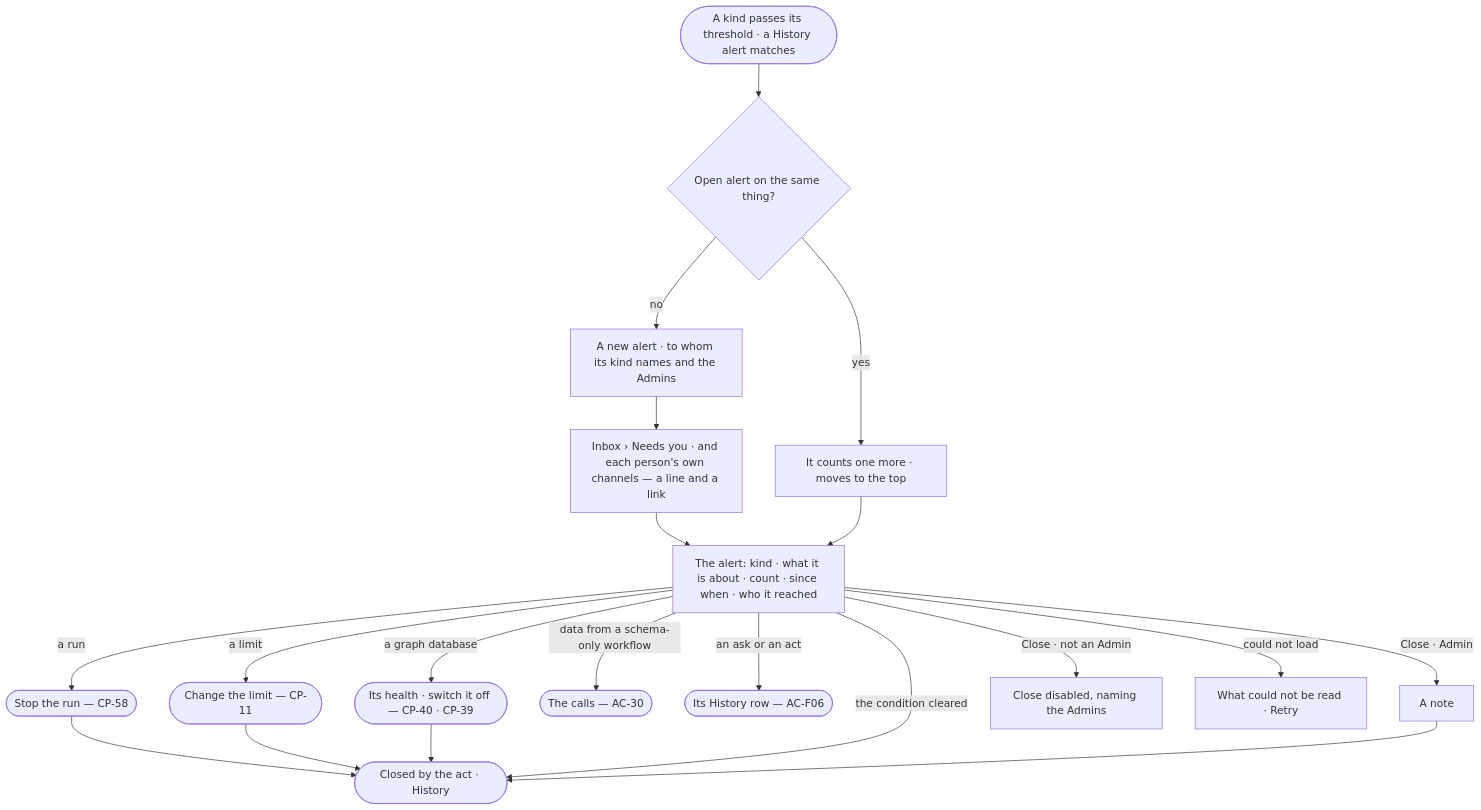
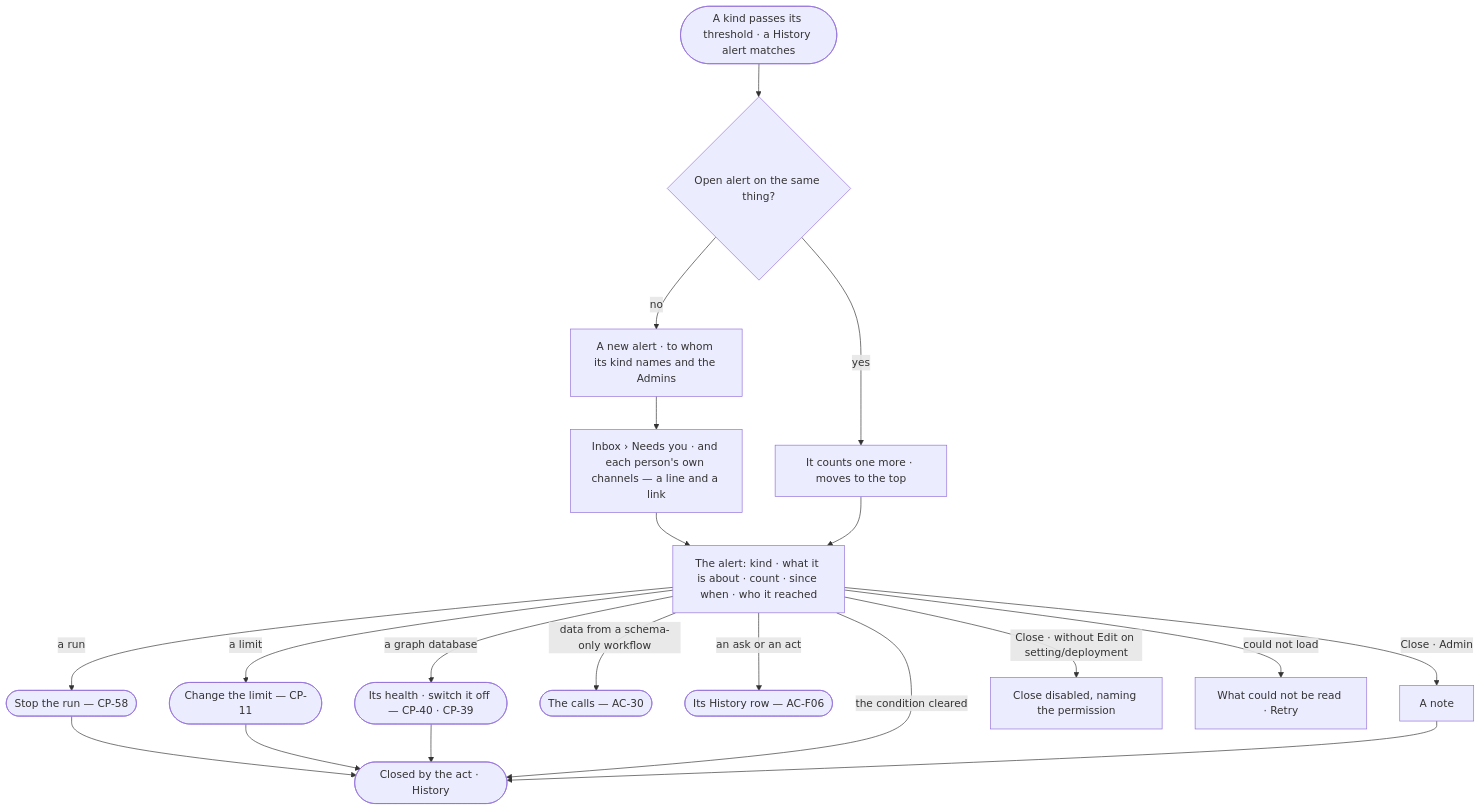
The diagram in specs/os/control/features/CP-F11-ops-alerting/stories/CP-59-be-told-when-an-agent-or-the-deployment-needs-someone-to-act/story.md (invana/invana), drawn with Mermaid before and after one commit. The commit also changed other lines of this file and 456 other files, not shown here.

````diff
--- a/specs/os/control/features/CP-F11-ops-alerting/stories/CP-59-be-told-when-an-agent-or-the-deployment-needs-someone-to-act/story.md
+++ b/specs/os/control/features/CP-F11-ops-alerting/stories/CP-59-be-told-when-an-agent-or-the-deployment-needs-someone-to-act/story.md
@@ -28,21 +28,21 @@
 ```mermaid
 flowchart TD
   f([A kind passes its threshold · a History alert matches]) --> o{"Open alert on the same thing?"}
   o -->|yes| c["It counts one more · moves to the top"]
   o -->|no| n["A new alert · to whom its kind names and the Admins"]
   n --> ib["Inbox › Needs you · and each person's own channels — a line and a link"]
   ib --> a["The alert: kind · what it is about · count · since when · who it reached"]
   c --> a
   a -->|a run| s(["Stop the run — CP-58"])
   a -->|a limit| l(["Change the limit — CP-11"])
   a -->|a graph database| g(["Its health · switch it off — CP-40 · CP-39"])
   a -->|data from a schema-only workflow| led(["The calls — AC-30"])
   a -->|an ask or an act| hr(["Its History row — AC-F06"])
   s --> cl(["Closed by the act · History"])
   l --> cl
   g --> cl
   a -->|the condition cleared| cl
   a -->|Close · Admin| nt["A note"] --> cl
-  a -->|Close · not an Admin| na["Close disabled, naming the Admins"]
+  a -->|Close · without Edit on setting/deployment| na["Close disabled, naming the permission"]
   a -->|could not load| fl["What could not be read · Retry"]
 ```
````
